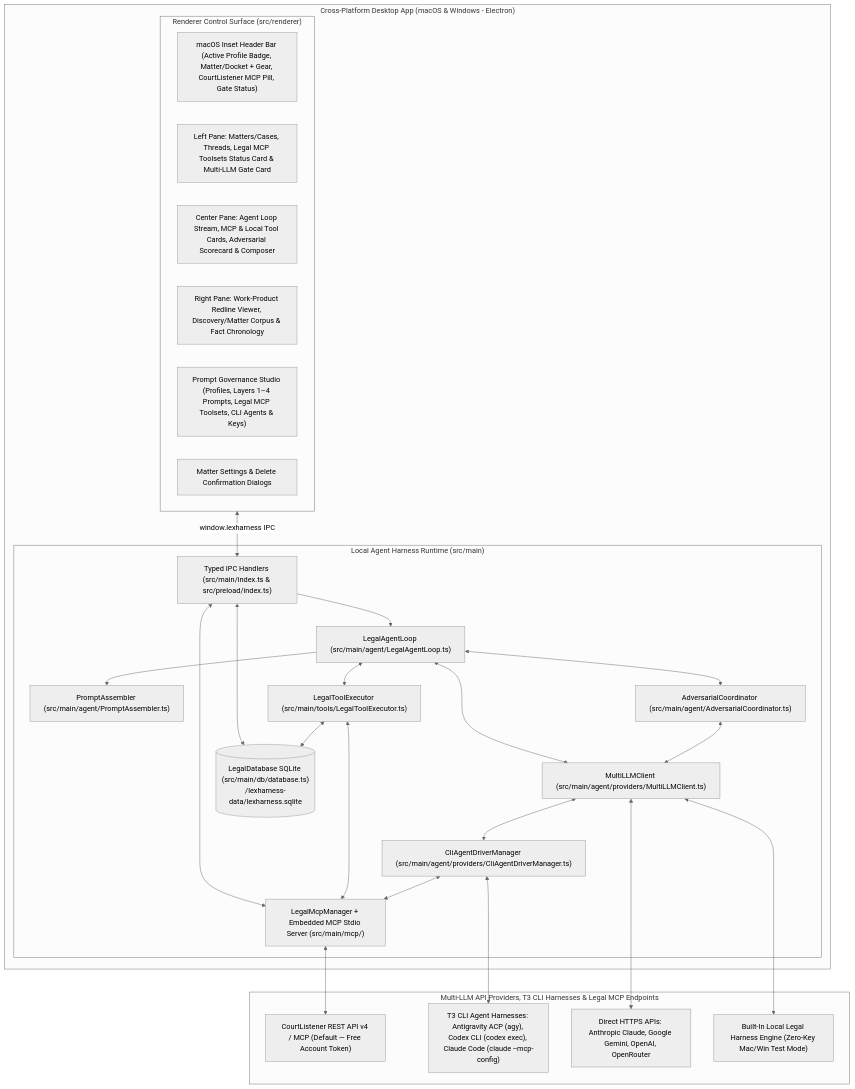
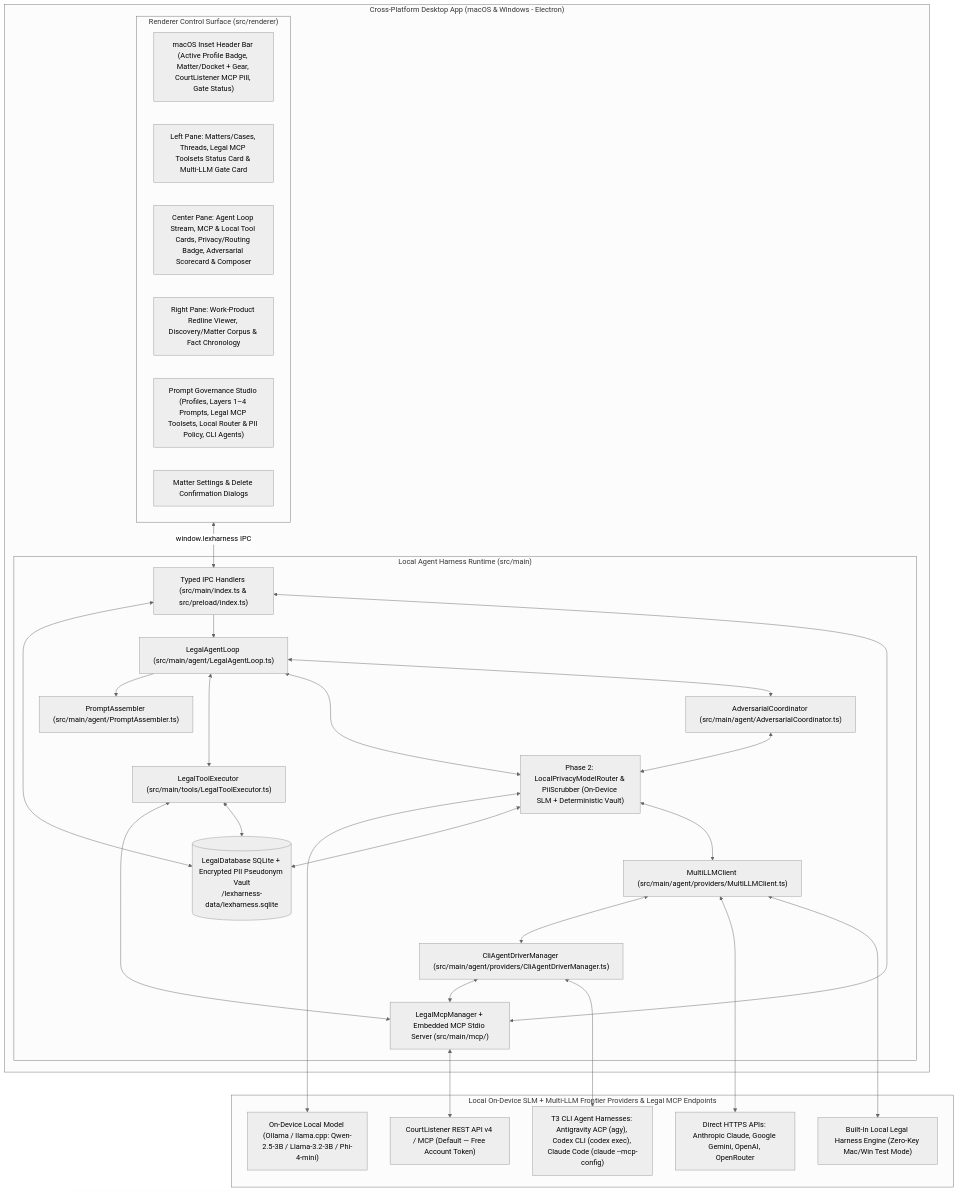
Before and after one commit to bentito/free-legal-assist: the first of 2 diagrams in docs/PLAN.md, drawn with Mermaid (neutral theme). The commit also changed other lines of this file, not shown here.

Commit message:
docs(plan): add Phase 2 local model router and client PII scrubbing gateway design

````diff
--- a/docs/PLAN.md
+++ b/docs/PLAN.md
@@ -21,50 +22,55 @@
 ```mermaid
 flowchart TB
     subgraph Desktop["Cross-Platform Desktop App (macOS & Windows - Electron)"]
         subgraph UI["Renderer Control Surface (src/renderer)"]
             Header["macOS Inset Header Bar (Active Profile Badge, Matter/Docket + Gear, CourtListener MCP Pill, Gate Status)"]
             LeftSidebar["Left Pane: Matters/Cases, Threads, Legal MCP Toolsets Status Card & Multi-LLM Gate Card"]
-            CenterStream["Center Pane: Agent Loop Stream, MCP & Local Tool Cards, Adversarial Scorecard & Composer"]
+            CenterStream["Center Pane: Agent Loop Stream, MCP & Local Tool Cards, Privacy/Routing Badge, Adversarial Scorecard & Composer"]
             RightPane["Right Pane: Work-Product Redline Viewer, Discovery/Matter Corpus & Fact Chronology"]
-            StudioModal["Prompt Governance Studio (Profiles, Layers 1–4 Prompts, Legal MCP Toolsets, CLI Agents & Keys)"]
+            StudioModal["Prompt Governance Studio (Profiles, Layers 1–4 Prompts, Legal MCP Toolsets, Local Router & PII Policy, CLI Agents)"]
             MatterModal["Matter Settings & Delete Confirmation Dialogs"]
         end
 
         subgraph Core["Local Agent Harness Runtime (src/main)"]
             IPC["Typed IPC Handlers (src/main/index.ts & src/preload/index.ts)"]
             Orchestrator["LegalAgentLoop (src/main/agent/LegalAgentLoop.ts)"]
             PromptAssembler["PromptAssembler (src/main/agent/PromptAssembler.ts)"]
+            RouterGateway["Phase 2: LocalPrivacyModelRouter & PiiScrubber (On-Device SLM + Deterministic Vault)"]
             McpManager["LegalMcpManager + Embedded MCP Stdio Server (src/main/mcp/)"]
             CliDrivers["CliAgentDriverManager (src/main/agent/providers/CliAgentDriverManager.ts)"]
             AdversarialEngine["AdversarialCoordinator (src/main/agent/AdversarialCoordinator.ts)"]
             LLMClient["MultiLLMClient (src/main/agent/providers/MultiLLMClient.ts)"]
             ToolRunner["LegalToolExecutor (src/main/tools/LegalToolExecutor.ts)"]
-            DB[("LegalDatabase SQLite (src/main/db/database.ts)\n<userData>/lexharness-data/lexharness.sqlite")]
+            DB[("LegalDatabase SQLite + Encrypted PII Pseudonym Vault\n<userData>/lexharness-data/lexharness.sqlite")]
         end
     end
 
-    subgraph Providers["Multi-LLM API Providers, T3 CLI Harnesses & Legal MCP Endpoints"]
+    subgraph Providers["Local On-Device SLM + Multi-LLM Frontier Providers & Legal MCP Endpoints"]
+        LocalSLM["On-Device Local Model (Ollama / llama.cpp: Qwen-2.5-3B / Llama-3.2-3B / Phi-4-mini)"]
         CourtListener["CourtListener REST API v4 / MCP (Default — Free Account Token)"]
         CLI["T3 CLI Agent Harnesses: Antigravity ACP (agy), Codex CLI (codex exec), Claude Code (claude --mcp-config)"]
         CloudAPIs["Direct HTTPS APIs: Anthropic Claude, Google Gemini, OpenAI, OpenRouter"]
         Sim["Built-In Local Legal Harness Engine (Zero-Key Mac/Win Test Mode)"]
     end
 
     UI <-->|window.lexharness IPC| IPC
     IPC <--> DB
     IPC --> Orchestrator
     IPC <--> McpManager
     Orchestrator --> PromptAssembler
     Orchestrator <--> ToolRunner
     ToolRunner <--> McpManager
     McpManager <--> CourtListener
     ToolRunner <--> DB
-    Orchestrator <--> LLMClient
+    Orchestrator <--> RouterGateway
+    RouterGateway <--> LocalSLM
+    RouterGateway <--> DB
+    RouterGateway <--> LLMClient
     Orchestrator <--> AdversarialEngine
-    AdversarialEngine <--> LLMClient
+    AdversarialEngine <--> RouterGateway
     LLMClient <--> CliDrivers
     CliDrivers <--> McpManager
     CliDrivers <--> CLI
     LLMClient <--> CloudAPIs
     LLMClient <--> Sim
 ```
````
